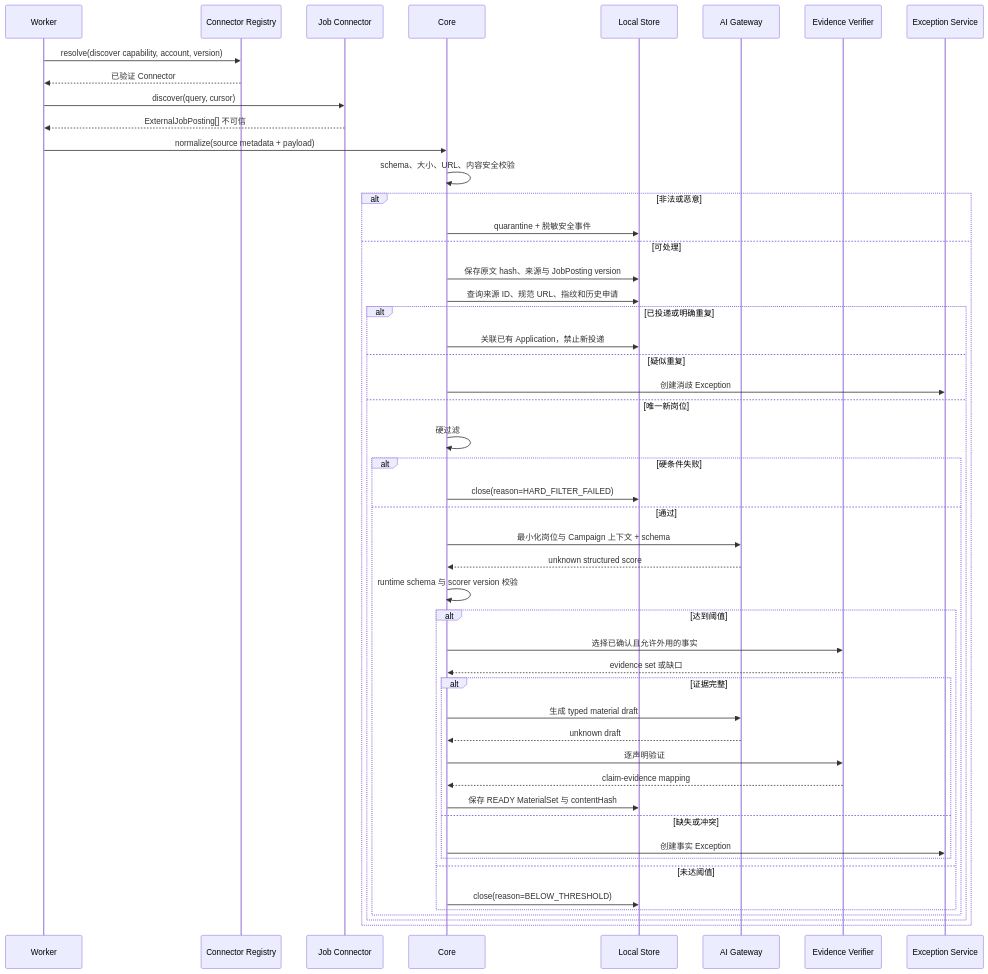
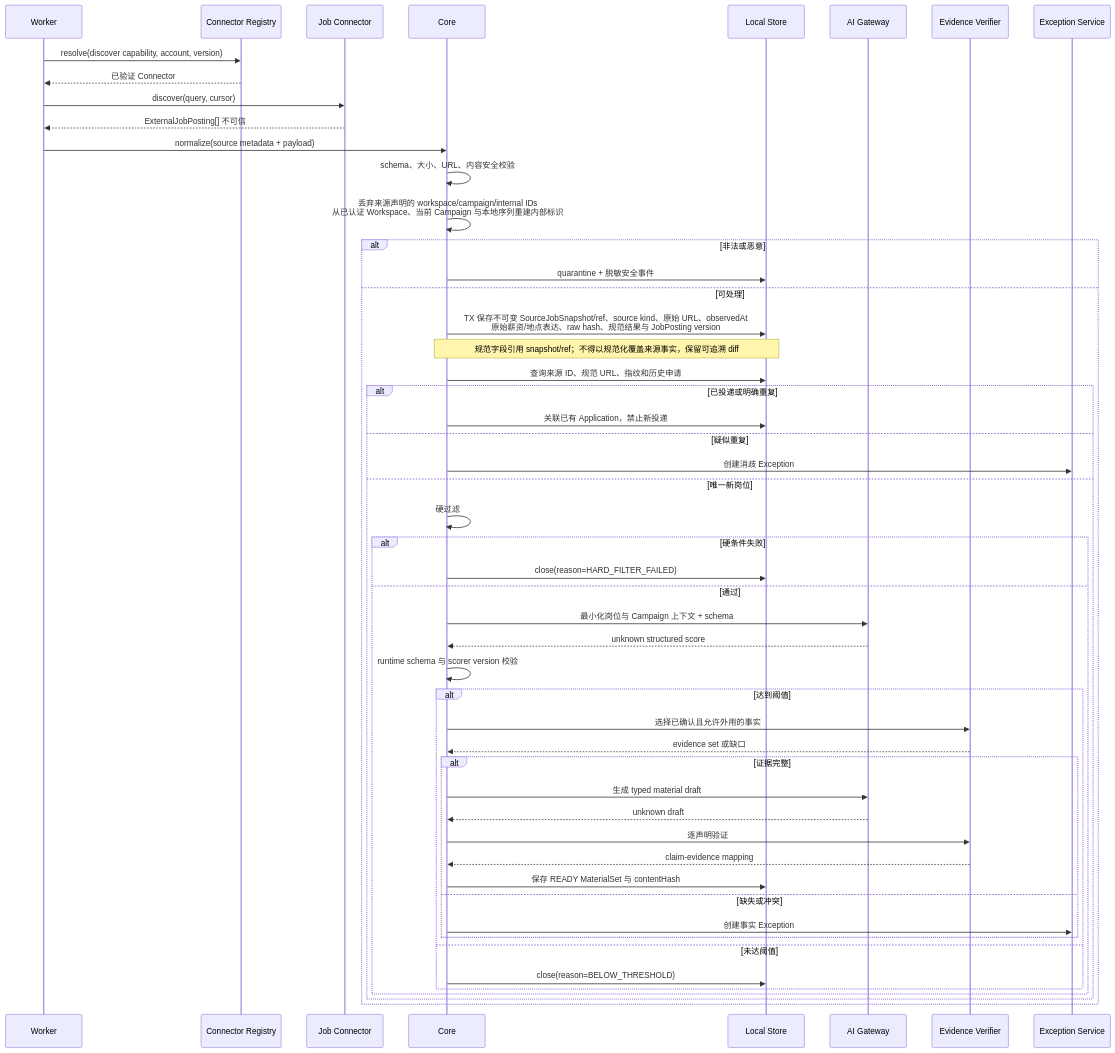
Before and after one commit to AnnCYW-cm/rolefox: the third of 24 diagrams in docs/product/uml/05-sequence-flows.md, drawn with Mermaid. The commit also changed other lines of this file and 22 other files, not shown here.

Commit message:
docs: accept v0.1 product and UML baseline

````diff
--- a/docs/product/uml/05-sequence-flows.md
+++ b/docs/product/uml/05-sequence-flows.md
@@ -113,54 +126,57 @@
 ```mermaid
 sequenceDiagram
     participant Worker
     participant Registry as Connector Registry
     participant Source as Job Connector
     participant Core
     participant DB as Local Store
     participant AI as AI Gateway
     participant Evidence as Evidence Verifier
     participant Exceptions as Exception Service
 
     Worker->>Registry: resolve(discover capability, account, version)
     Registry-->>Worker: 已验证 Connector
     %% @anchor EXTERNAL_JOB_POSTING
     Worker->>Source: discover(query, cursor)
     Source-->>Worker: ExternalJobPosting[] 不可信
     Worker->>Core: normalize(source metadata + payload)
     Core->>Core: schema、大小、URL、内容安全校验
+    Core->>Core: 丢弃来源声明的 workspace/campaign/internal IDs<br/>从已认证 Workspace、当前 Campaign 与本地序列重建内部标识
     alt 非法或恶意
         Core->>DB: quarantine + 脱敏安全事件
     else 可处理
-        Core->>DB: 保存原文 hash、来源与 JobPosting version
+        %% @anchor JOB_SOURCE_TRACEABILITY
+        Core->>DB: TX 保存不可变 SourceJobSnapshot/ref、source kind、原始 URL、observedAt<br/>原始薪资/地点表达、raw hash、规范结果与 JobPosting version
+        Note over Core,DB: 规范字段引用 snapshot/ref；不得以规范化覆盖来源事实，保留可追溯 diff
         Core->>DB: 查询来源 ID、规范 URL、指纹和历史申请
         alt 已投递或明确重复
             Core->>DB: 关联已有 Application，禁止新投递
         else 疑似重复
             Core->>Exceptions: 创建消歧 Exception
         else 唯一新岗位
             Core->>Core: 硬过滤
             alt 硬条件失败
                 Core->>DB: close(reason=HARD_FILTER_FAILED)
             else 通过
                 Core->>AI: 最小化岗位与 Campaign 上下文 + schema
                 AI-->>Core: unknown structured score
                 Core->>Core: runtime schema 与 scorer version 校验
                 alt 达到阈值
                     Core->>Evidence: 选择已确认且允许外用的事实
                     Evidence-->>Core: evidence set 或缺口
                     alt 证据完整
                         Core->>AI: 生成 typed material draft
                         AI-->>Core: unknown draft
                         Core->>Evidence: 逐声明验证
                         Evidence-->>Core: claim-evidence mapping
                         Core->>DB: 保存 READY MaterialSet 与 contentHash
                     else 缺失或冲突
                         Core->>Exceptions: 创建事实 Exception
                     end
                 else 未达阈值
                     Core->>DB: close(reason=BELOW_THRESHOLD)
                 end
             end
         end
     end
 ```
````
